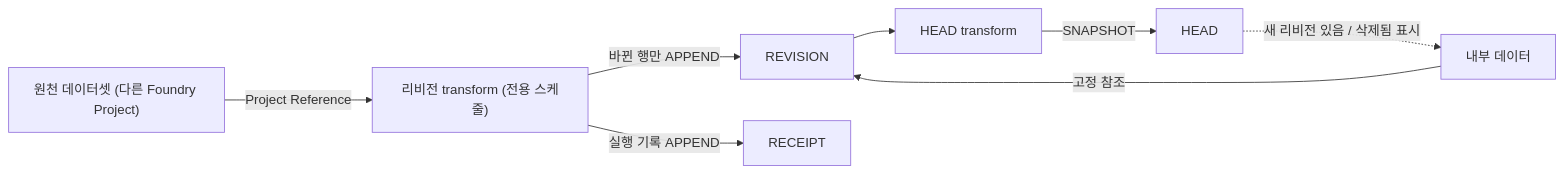
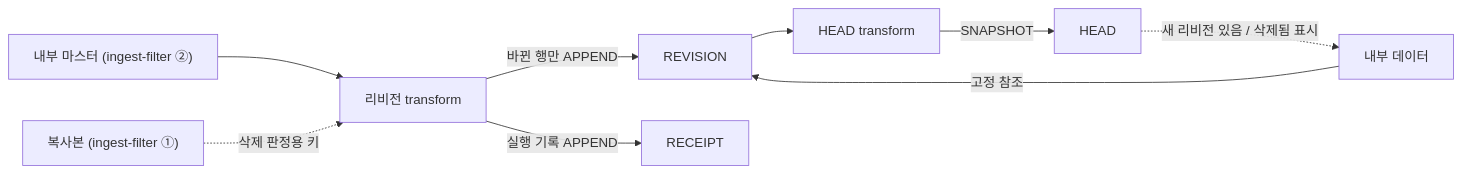
The diagram in docs/design/source-revision.md (KangSage/foundry-action-concurrency-poc), drawn with Mermaid before and after one commit. The commit also changed other lines of this file and 6 other files, not shown here.

````diff
--- a/docs/design/source-revision.md
+++ b/docs/design/source-revision.md
@@ -29,9 +29,10 @@
 ```mermaid
 flowchart LR
-  SRC["원천 데이터셋 (다른 Foundry Project)"] -->|Project Reference| T["리비전 transform (전용 스케줄)"]
+  MST["내부 마스터 (ingest-filter ②)"] --> T["리비전 transform"]
+  MIR["복사본 (ingest-filter ①)"] -.->|"삭제 판정용 키"| T
   T -->|바뀐 행만 APPEND| REV["REVISION"]
   T -->|실행 기록 APPEND| RCP["RECEIPT"]
   REV --> T2["HEAD transform"] -->|SNAPSHOT| HEAD["HEAD"]
   INT["내부 데이터"] -->|"고정 참조"| REV
   HEAD -.->|"새 리비전 있음 / 삭제됨 표시"| INT
 ```
````
